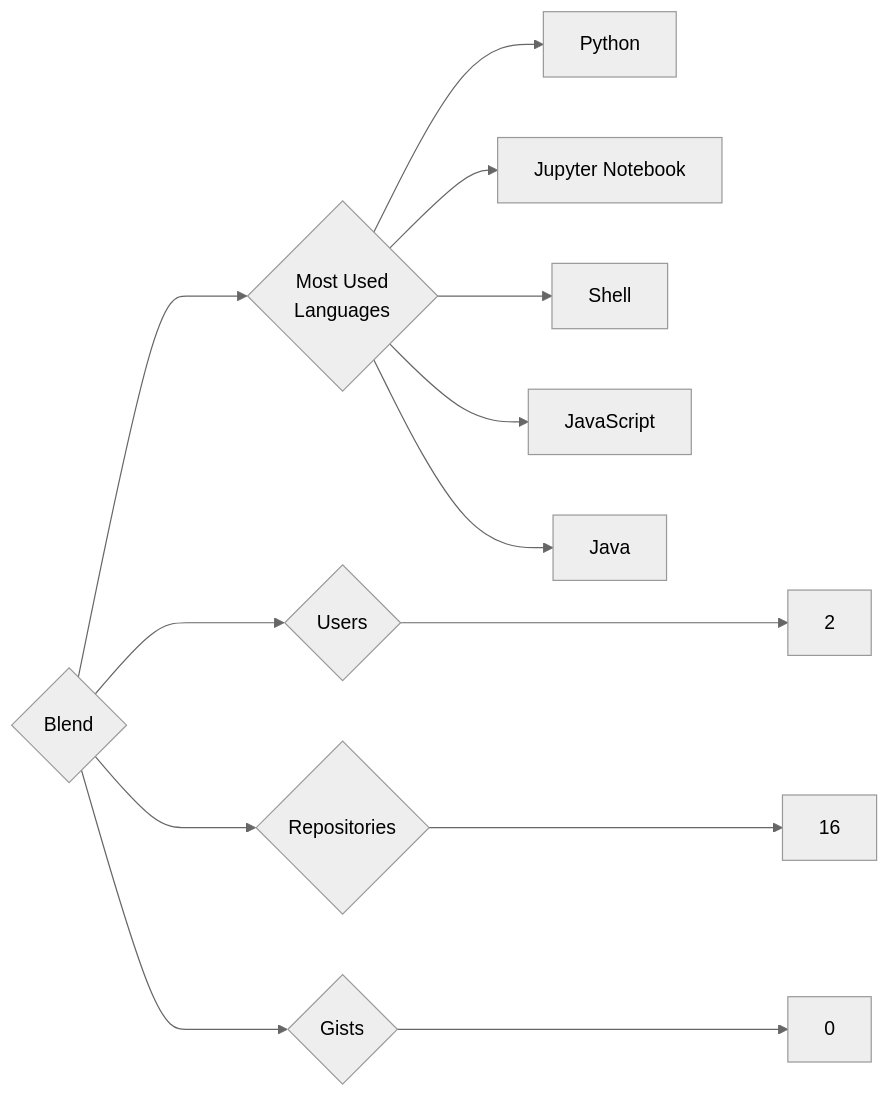
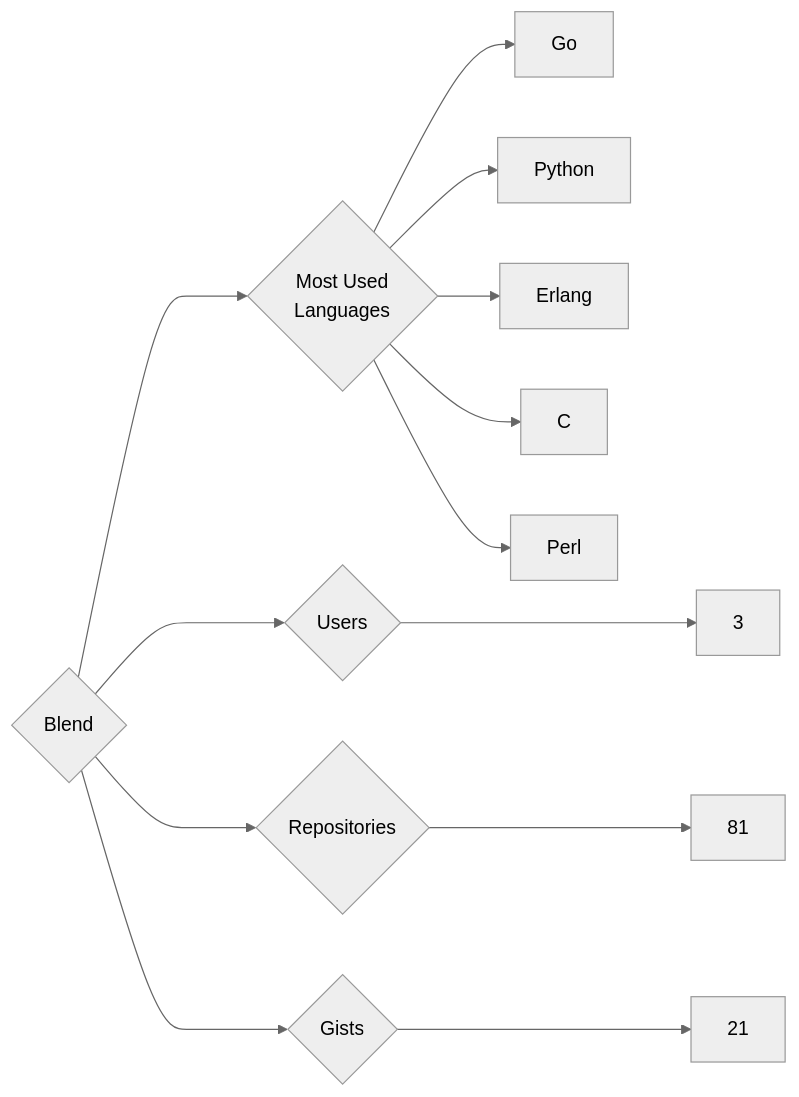
Before and after one commit to trickest/insiders: the diagram in targets/Blend/README.md, drawn with Mermaid (neutral theme). The commit also changed 932 other files, not shown here.

````diff
--- a/targets/Blend/README.md
+++ b/targets/Blend/README.md
@@ -3,13 +3,13 @@
 ```mermaid
 graph LR
 COMPANY_NAME{Blend}
-COMPANY_NAME ---> U{Users} ---> UN[2]
-COMPANY_NAME ---> R{Repositories} ---> RN[16]
-COMPANY_NAME ---> G{Gists} ---> GN[0]
+COMPANY_NAME ---> U{Users} ---> UN[3]
+COMPANY_NAME ---> R{Repositories} ---> RN[81]
+COMPANY_NAME ---> G{Gists} ---> GN[21]
 COMPANY_NAME ---> ML{Most Used<br>Languages}
+ML --> Go[Go]
 ML --> Python[Python]
-ML --> Jupyter_Notebook[Jupyter Notebook]
-ML --> Shell[Shell]
-ML --> JavaScript[JavaScript]
-ML --> Java[Java]
+ML --> Erlang[Erlang]
+ML --> C[C]
+ML --> Perl[Perl]
 ```
````
